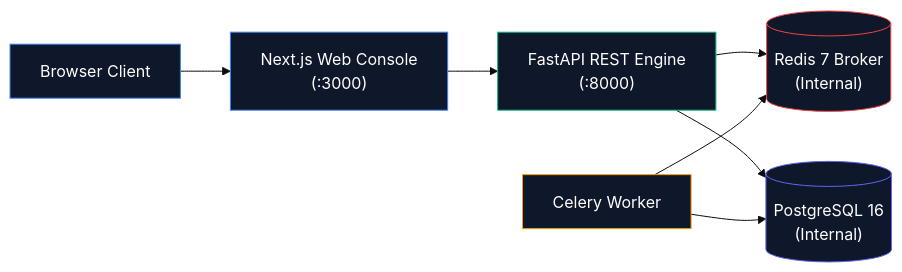
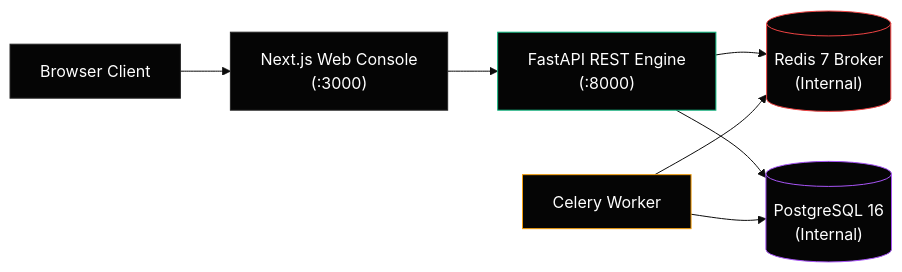
Before and after one commit to sandeepmothukuri/socforge: the second of 2 diagrams in README.md, drawn with Mermaid (base theme). The commit also changed other lines of this file and 20 other files, not shown here.

````diff
--- a/README.md
+++ b/README.md
@@ -78,16 +79,16 @@
 ```mermaid
 flowchart LR
     Browser["Browser Client"] --> Web["Next.js Web Console\n(:3000)"]
     Web --> API["FastAPI REST Engine\n(:8000)"]
     API --> Redis[("Redis 7 Broker\n(Internal)")]
     API --> PG[("PostgreSQL 16\n(Internal)")]
     Worker["Celery Worker"] --> Redis
     Worker --> PG
 
-    style Browser fill:#0f172a,stroke:#3b82f6,color:#fff
-    style Web fill:#0f172a,stroke:#3b82f6,color:#fff
-    style API fill:#0f172a,stroke:#10b981,color:#fff
-    style Worker fill:#0f172a,stroke:#f59e0b,color:#fff
-    style Redis fill:#0f172a,stroke:#ef4444,color:#fff
-    style PG fill:#0f172a,stroke:#6366f1,color:#fff
+    style Browser fill:#050505,stroke:#262626,color:#fff
+    style Web fill:#050505,stroke:#262626,color:#fff
+    style API fill:#050505,stroke:#10b981,color:#fff
+    style Worker fill:#050505,stroke:#f59e0b,color:#fff
+    style Redis fill:#050505,stroke:#ef4444,color:#fff
+    style PG fill:#050505,stroke:#a855f7,color:#fff
 ```
````
